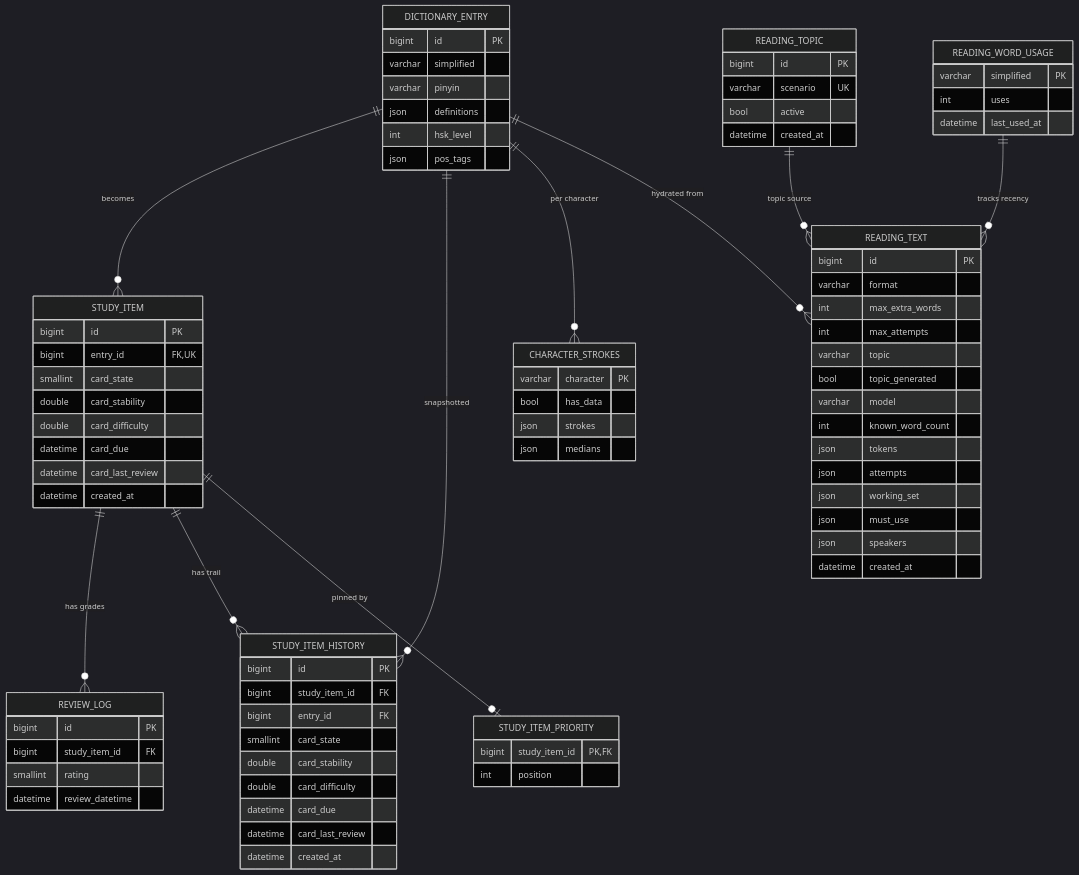
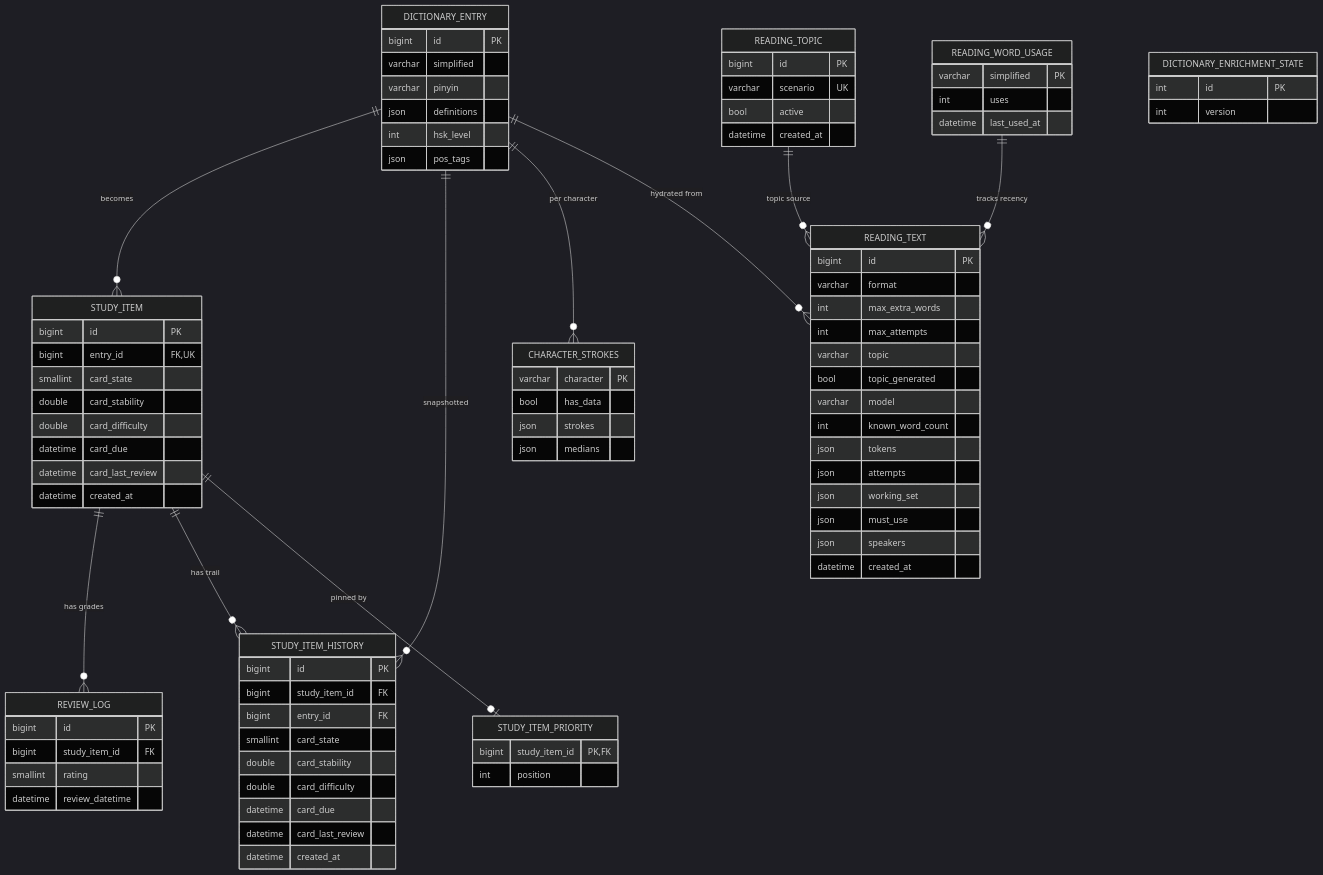
One commit to luiznaac/shougong changed the first of 2 diagrams in docs/03-data-model.md. Above: the diagram before and after it, drawn with Mermaid (dark theme). The commit also changed other lines of this file and 18 other files, not shown here.

Commit message:
Version the dictionary enrichment pass (#205)

```diff
--- a/docs/03-data-model.md
+++ b/docs/03-data-model.md
@@ -21,6 +21,10 @@
         json definitions
         int hsk_level
         json pos_tags
+    }
+    DICTIONARY_ENRICHMENT_STATE {
+        int id PK
+        int version
     }
     CHARACTER_STROKES {
         varchar character PK
```
